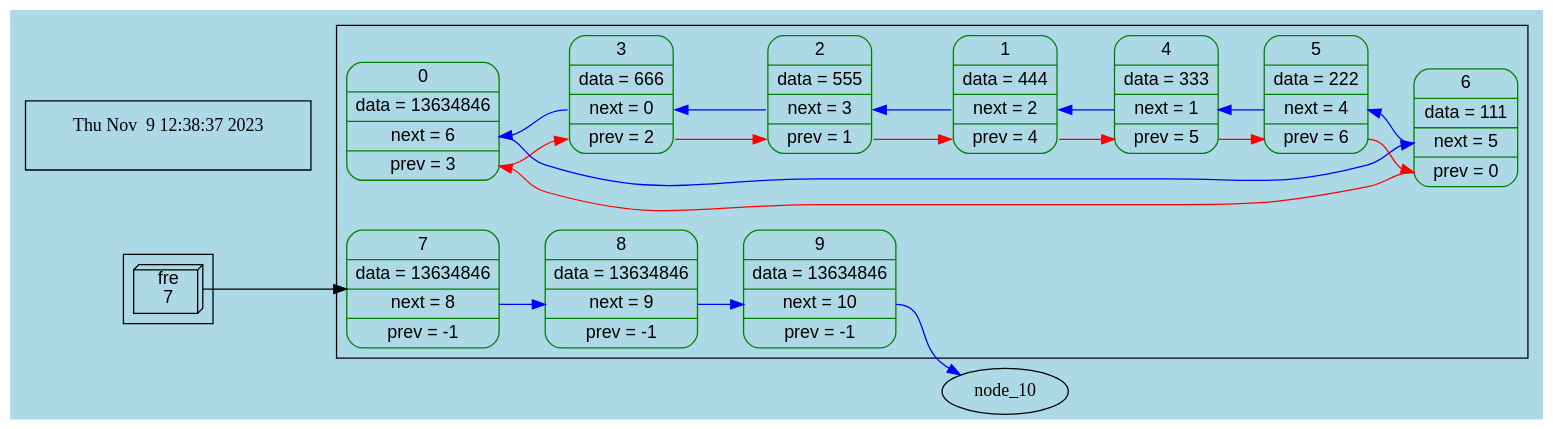
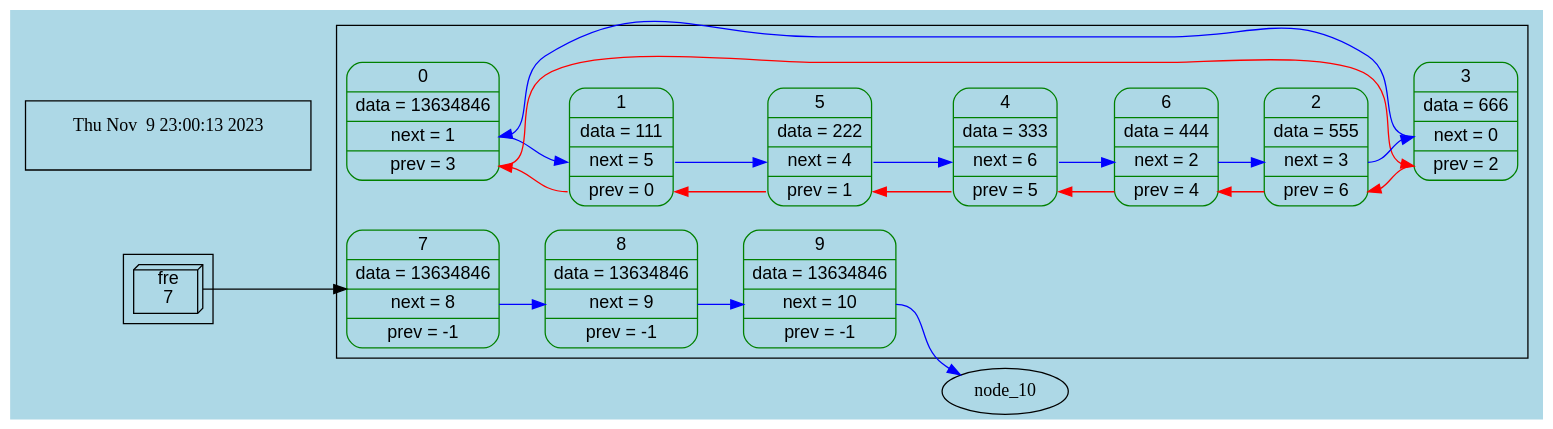
Before and after one commit to UjeNeTORT/HashFriendlyList: the diagram in graph.dot, drawn with Graphviz. The commit also changed 4 other files, not shown here.

```diff
--- a/graph.dot
+++ b/graph.dot
@@ -1,62 +1,62 @@
 digraph list_1681692777 {
 rankdir = LR
 subgraph cluster_nodes_846930886 {
     node_0 [fontname="Helvetica, Arial, sans-serif"style=rounded
 color = green
- shape = record, label = " 0 | data = 13634846 | <fnext> next = 6 | <fprev> prev = 3 "];
+ shape = record, label = " 0 | data = 13634846 | <fnext> next = 1 | <fprev> prev = 3 "];
     node_1 [fontname="Helvetica, Arial, sans-serif"style=rounded
 color = green
- shape = record, label = " 1 | data = 444 | <fnext> next = 2 | <fprev> prev = 4 "];
+ shape = record, label = " 1 | data = 111 | <fnext> next = 5 | <fprev> prev = 0 "];
     node_2 [fontname="Helvetica, Arial, sans-serif"style=rounded
 color = green
- shape = record, label = " 2 | data = 555 | <fnext> next = 3 | <fprev> prev = 1 "];
+ shape = record, label = " 2 | data = 555 | <fnext> next = 3 | <fprev> prev = 6 "];
     node_3 [fontname="Helvetica, Arial, sans-serif"style=rounded
 color = green
  shape = record, label = " 3 | data = 666 | <fnext> next = 0 | <fprev> prev = 2 "];
     node_4 [fontname="Helvetica, Arial, sans-serif"style=rounded
 color = green
- shape = record, label = " 4 | data = 333 | <fnext> next = 1 | <fprev> prev = 5 "];
+ shape = record, label = " 4 | data = 333 | <fnext> next = 6 | <fprev> prev = 5 "];
     node_5 [fontname="Helvetica, Arial, sans-serif"style=rounded
 color = green
- shape = record, label = " 5 | data = 222 | <fnext> next = 4 | <fprev> prev = 6 "];
+ shape = record, label = " 5 | data = 222 | <fnext> next = 4 | <fprev> prev = 1 "];
     node_6 [fontname="Helvetica, Arial, sans-serif"style=rounded
 color = green
- shape = record, label = " 6 | data = 111 | <fnext> next = 5 | <fprev> prev = 0 "];
+ shape = record, label = " 6 | data = 444 | <fnext> next = 2 | <fprev> prev = 4 "];
     node_7 [fontname="Helvetica, Arial, sans-serif"style=rounded
 color = green
  shape = record, label = " 7 | data = 13634846 | <fnext> next = 8 | <fprev> prev = -1 "];
     node_8 [fontname="Helvetica, Arial, sans-serif"style=rounded
 color = green
  shape = record, label = " 8 | data = 13634846 | <fnext> next = 9 | <fprev> prev = -1 "];
     node_9 [fontname="Helvetica, Arial, sans-serif"style=rounded
 color = green
  shape = record, label = " 9 | data = 13634846 | <fnext> next = 10 | <fprev> prev = -1 "];
 }
 val_fre -> node_7;
-node_0: <fnext> -> node_6: <fnext> [color = blue];
-node_1: <fnext> -> node_2: <fnext> [color = blue];
+node_0: <fnext> -> node_1: <fnext> [color = blue];
+node_1: <fnext> -> node_5: <fnext> [color = blue];
 node_2: <fnext> -> node_3: <fnext> [color = blue];
 node_3: <fnext> -> node_0: <fnext> [color = blue];
-node_4: <fnext> -> node_1: <fnext> [color = blue];
+node_4: <fnext> -> node_6: <fnext> [color = blue];
 node_5: <fnext> -> node_4: <fnext> [color = blue];
-node_6: <fnext> -> node_5: <fnext> [color = blue];
+node_6: <fnext> -> node_2: <fnext> [color = blue];
 node_7: <fnext> -> node_8: <fnext> [color = blue];
 node_8: <fnext> -> node_9: <fnext> [color = blue];
 node_9: <fnext> -> node_10: <fnext> [color = blue];
 node_0: <fprev> -> node_3: <fprev> [color = red];
-node_1: <fprev> -> node_4: <fprev> [color = red];
-node_2: <fprev> -> node_1: <fprev> [color = red];
+node_1: <fprev> -> node_0: <fprev> [color = red];
+node_2: <fprev> -> node_6: <fprev> [color = red];
 node_3: <fprev> -> node_2: <fprev> [color = red];
 node_4: <fprev> -> node_5: <fprev> [color = red];
-node_5: <fprev> -> node_6: <fprev> [color = red];
-node_6: <fprev> -> node_0: <fprev> [color = red];
+node_5: <fprev> -> node_1: <fprev> [color = red];
+node_6: <fprev> -> node_4: <fprev> [color = red];
 subgraph cluster_val {
      val_fre  [ shape = box3d, fontname="Helvetica, Arial, sans-serif", label = " fre
 7 "];
 }
 bgcolor="lightblue"
 subgraph cluster_add_info_1804289383{
-node_add_info [shape = plaintext, label = " Thu Nov  9 12:38:37 2023
+node_add_info [shape = plaintext, label = " Thu Nov  9 23:00:13 2023
  "];
 }
 }
```
